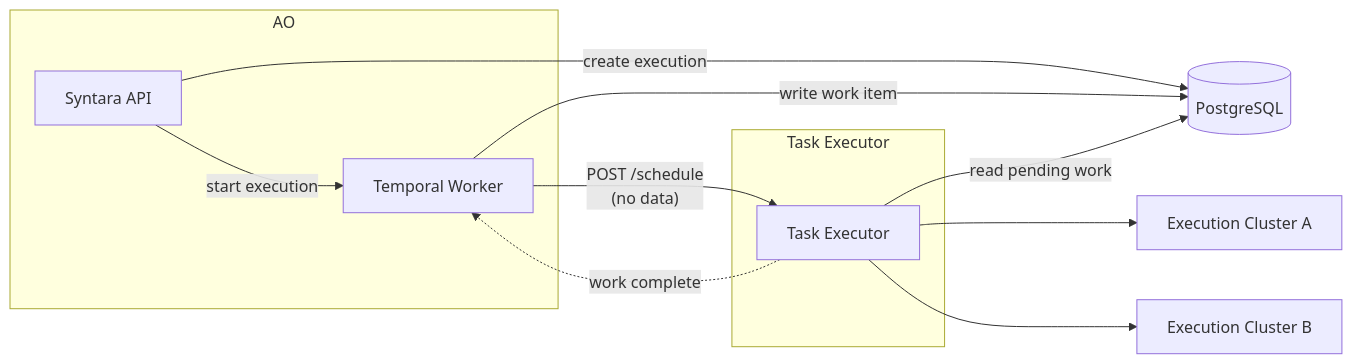
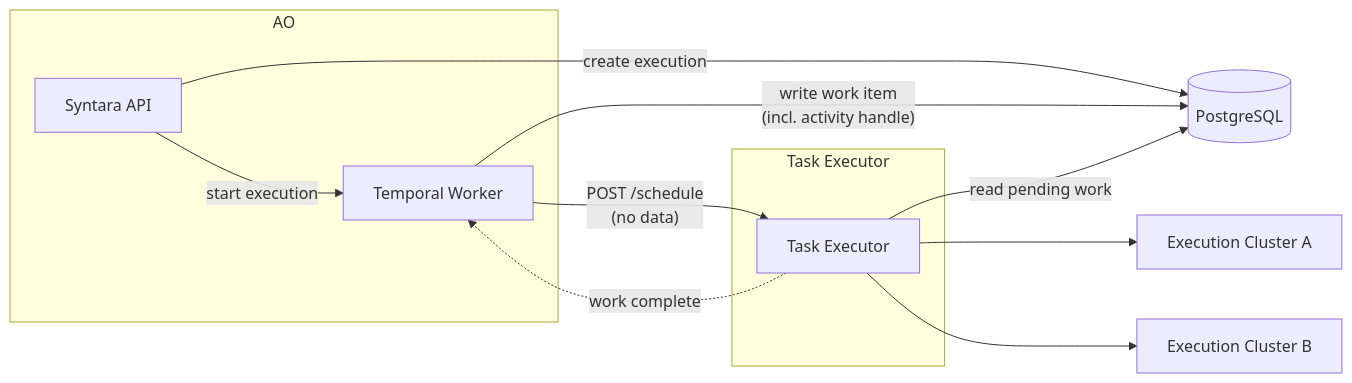
One commit to AlanCoding/syntara changed the first of 2 diagrams in backend/docs/execution-plane-decisions.md. Above: the diagram before and after it, drawn with Mermaid. The commit also changed other lines of this file, not shown here.

````diff
--- a/backend/docs/execution-plane-decisions.md
+++ b/backend/docs/execution-plane-decisions.md
@@ -21,22 +25,22 @@
 ```mermaid
 graph LR
     subgraph AO["AO"]
         API["Syntara API"]
         TW["Temporal Worker"]
     end
     subgraph TE_BOX["Task Executor"]
         TE["Task Executor"]
     end
     PG[("PostgreSQL")]
     EC1["Execution Cluster A"]
     EC2["Execution Cluster B"]
 
     API -->|"create execution"| PG
     API -->|"start execution"| TW
-    TW -->|"write work item"| PG
+    TW -->|"write work item<br/>(incl. activity handle)"| PG
     TW -->|"POST /schedule<br/>(no data)"| TE
     TE -->|"read pending work"| PG
     TE -.->|"work complete"| TW
     TE --> EC1
     TE --> EC2
 ```
````
